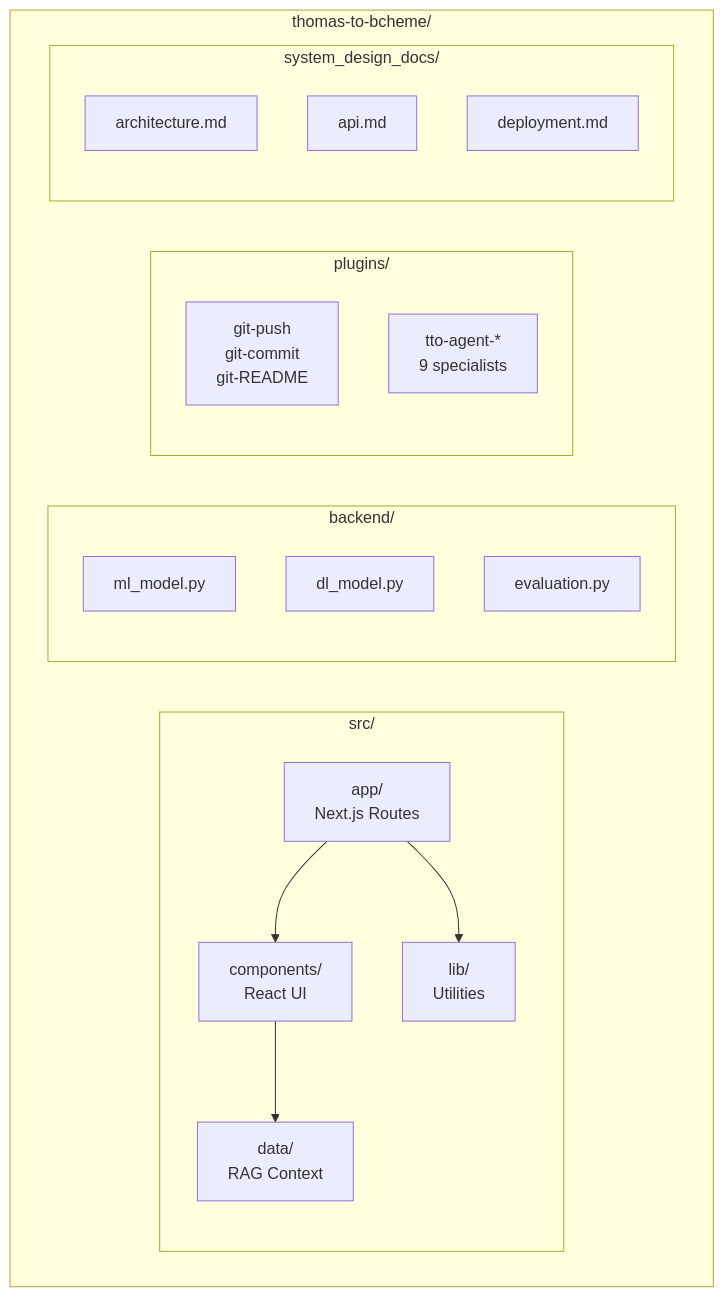
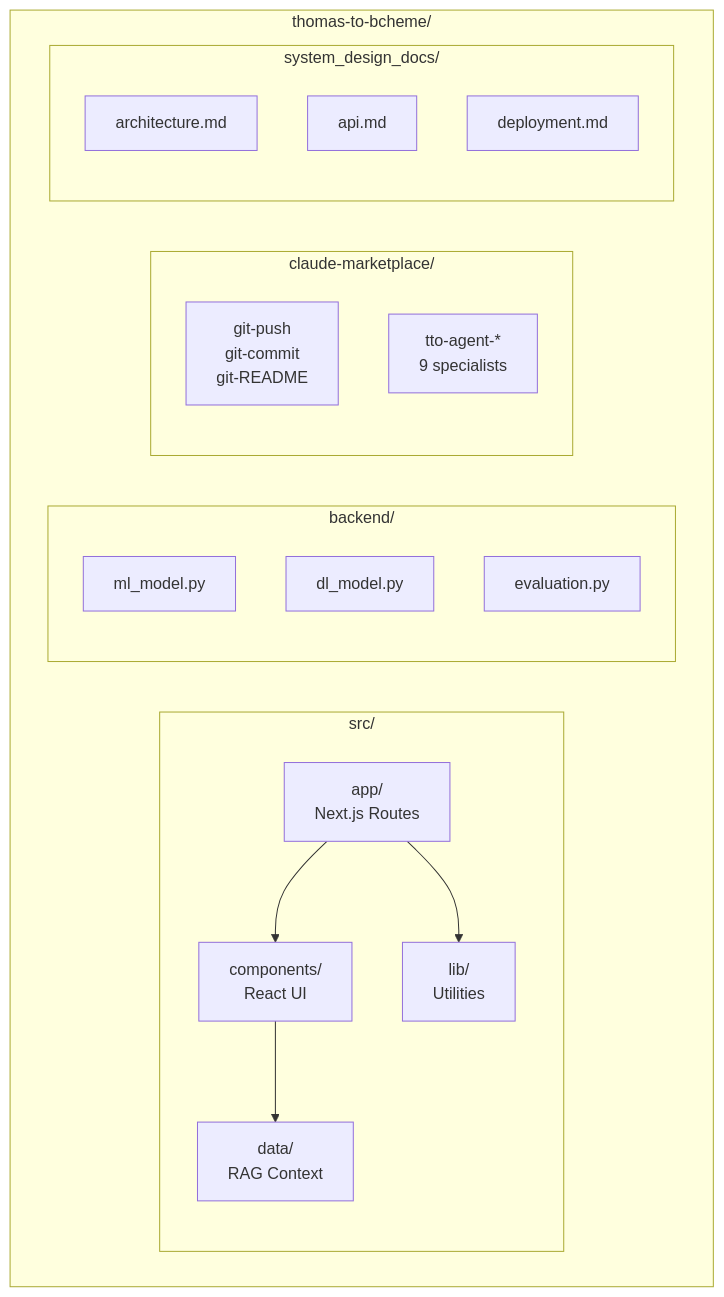
Before and after one commit to thomas-to-bcheme/thomas-to-bcheme: the fourth of 9 diagrams in README.md, drawn with Mermaid. The commit also changed other lines of this file and 95 other files, not shown here.

````diff
--- a/README.md
+++ b/README.md
@@ -163,32 +211,32 @@
 ```mermaid
 flowchart TB
     subgraph Root["thomas-to-bcheme/"]
         subgraph SRC["src/"]
             APP[app/<br/>Next.js Routes]
             COMP[components/<br/>React UI]
             DATA[data/<br/>RAG Context]
             LIB[lib/<br/>Utilities]
         end
 
         subgraph BE["backend/"]
-            ML[ml_model.py]
+            MLM[ml_model.py]
             DL[dl_model.py]
             EVAL[evaluation.py]
         end
 
-        subgraph PLUG["plugins/"]
+        subgraph PLUG["claude-marketplace/"]
             GIT[git-push<br/>git-commit<br/>git-README]
             AGENT[tto-agent-*<br/>9 specialists]
         end
 
         subgraph DOCS["system_design_docs/"]
             ARCH[architecture.md]
             APIDOC[api.md]
             DEPLOY[deployment.md]
         end
     end
 
     APP --> COMP
     COMP --> DATA
     APP --> LIB
 ```
````
